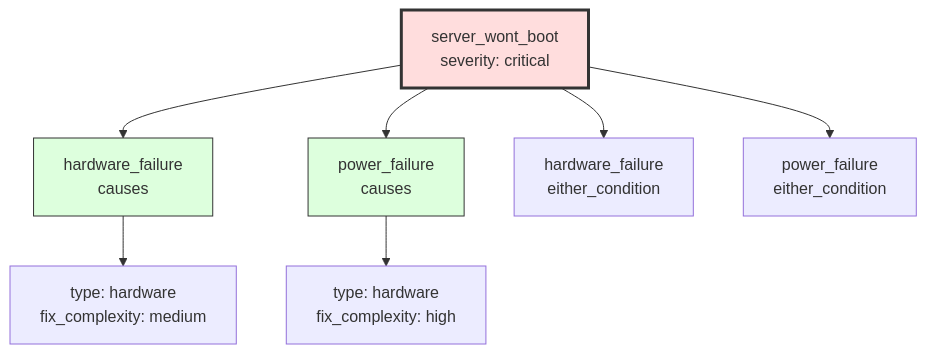
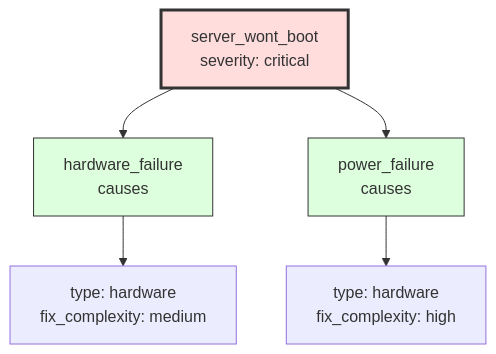
The third of 3 diagrams in examples/showcase/it_troubleshooting/README.md (antquinonez/Hyper3), drawn with Mermaid before and after one commit. The commit also changed other lines of this file and 11 other files, not shown here.

````diff
--- a/examples/showcase/it_troubleshooting/README.md
+++ b/examples/showcase/it_troubleshooting/README.md
@@ -151,14 +158,12 @@
 ```mermaid
 graph TD
     SWB["server_wont_boot<br/>severity: critical"] --> HF["hardware_failure<br/>causes"]
     SWB --> PF["power_failure<br/>causes"]
-    SWB --> HF2["hardware_failure<br/>either_condition"]
-    SWB --> PF2["power_failure<br/>either_condition"]
 
     HF --> HF_data["type: hardware<br/>fix_complexity: medium"]
     PF --> PF_data["type: hardware<br/>fix_complexity: high"]
 
     style SWB fill:#fdd,stroke:#333,stroke-width:3px
     style HF fill:#dfd,stroke:#333
     style PF fill:#dfd,stroke:#333
 ```
````
